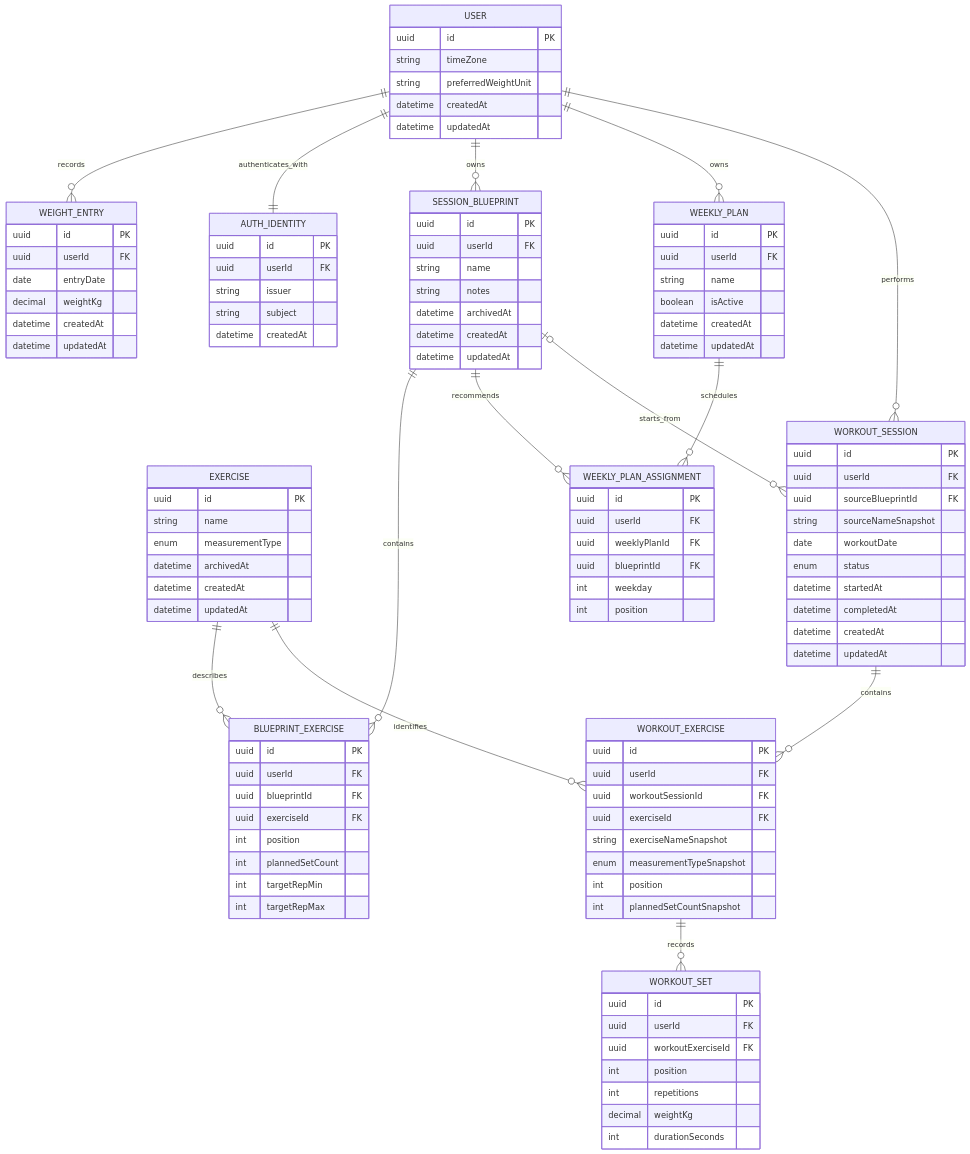
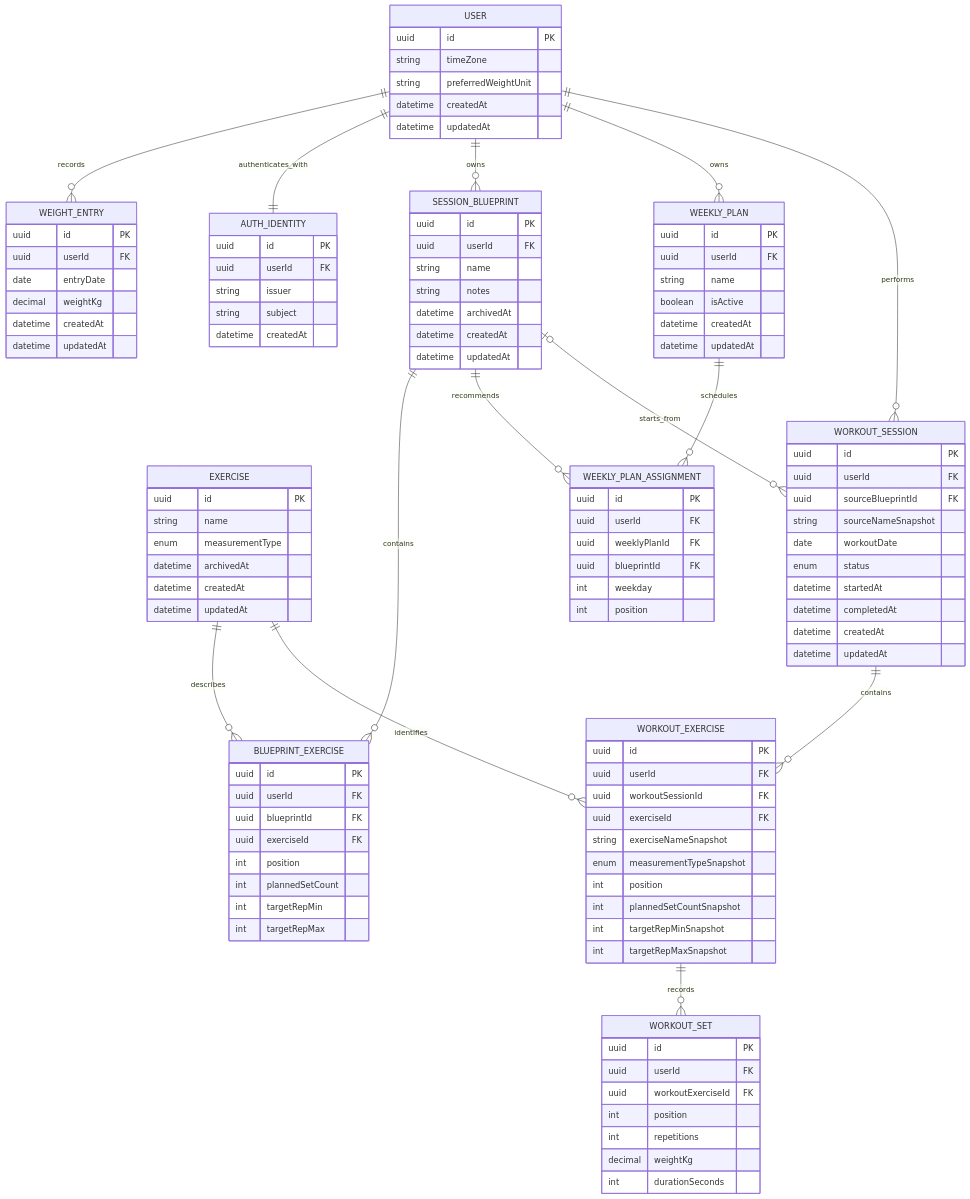
The diagram in docs/backend_data_model.md (Alexander-Werlen/LiftMetrics), drawn with Mermaid before and after one commit. The commit also changed other lines of this file and 13 other files, not shown here.

```diff
--- a/docs/backend_data_model.md
+++ b/docs/backend_data_model.md
@@ -119,6 +119,8 @@
         enum measurementTypeSnapshot
         int position
         int plannedSetCountSnapshot
+        int targetRepMinSnapshot
+        int targetRepMaxSnapshot
     }
     WORKOUT_SET {
         uuid id PK
```
